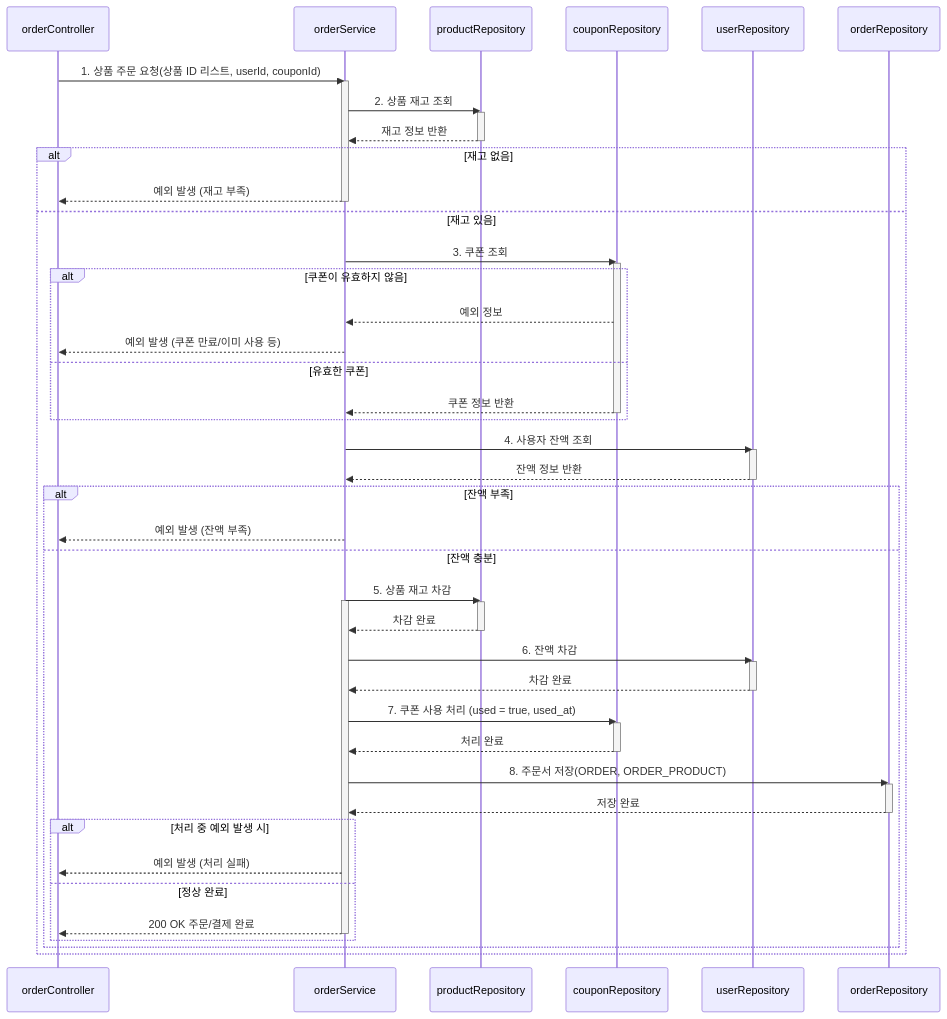
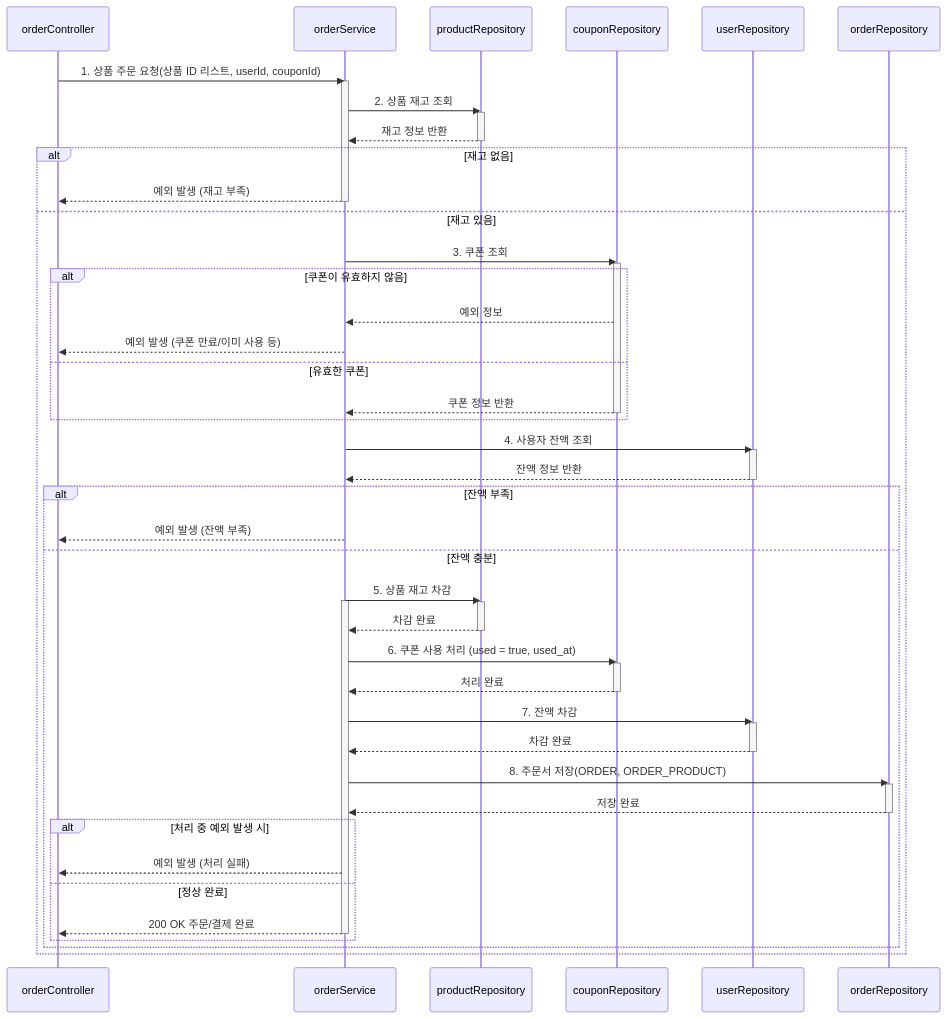
The diagram in docs/sequence/order_payment.md (ssunnykku/e-commerce), drawn with Mermaid before and after one commit.

Commit message:
docs: sequence 수정 (order_pament : 로직 순서 수정)

````diff
--- a/docs/sequence/order_payment.md
+++ b/docs/sequence/order_payment.md
@@ -2,69 +2,69 @@
 ```mermaid
 sequenceDiagram
     participant orderController
     participant orderService
     participant productRepository
     participant couponRepository
     participant userRepository
     participant orderRepository
 
 orderController->>orderService: 1. 상품 주문 요청(상품 ID 리스트, userId, couponId)
 activate orderService
 orderService->>productRepository: 2. 상품 재고 조회
 activate productRepository
  productRepository-->>orderService: 재고 정보 반환
     deactivate productRepository
 alt 재고 없음
     orderService-->>orderController: 예외 발생 (재고 부족)
      deactivate orderService
 else 재고 있음
     orderService->>couponRepository: 3. 쿠폰 조회
         activate couponRepository
         
     alt 쿠폰이 유효하지 않음
              couponRepository-->>orderService: 예외 정보
             
         orderService-->>orderController: 예외 발생 (쿠폰 만료/이미 사용 등)
     else 유효한 쿠폰
         couponRepository-->>orderService: 쿠폰 정보 반환
         deactivate couponRepository
         end
     orderService->>userRepository: 4. 사용자 잔액 조회
        activate userRepository
        userRepository-->>orderService: 잔액 정보 반환
         deactivate userRepository
 
     alt 잔액 부족
         orderService-->>orderController: 예외 발생 (잔액 부족)
     else 잔액 충분
      %% 트랜잭션 시작
         orderService->>productRepository: 5. 상품 재고 차감
          activate orderService
         activate productRepository
         productRepository-->>orderService: 차감 완료
         deactivate productRepository
-        orderService->>userRepository: 6. 잔액 차감
+        	orderService->>couponRepository: 6. 쿠폰 사용 처리 (used = true, used_at)
+         activate couponRepository
+         couponRepository-->>orderService: 처리 완료
+          deactivate couponRepository      
+        orderService->>userRepository: 7. 잔액 차감
         activate userRepository
         userRepository-->>orderService: 차감 완료
 				deactivate userRepository
-				orderService->>couponRepository: 7. 쿠폰 사용 처리 (used = true, used_at)
-         activate couponRepository
-         couponRepository-->>orderService: 처리 완료
-          deactivate couponRepository      
+			
          orderService->>orderRepository: 8. 주문서 저장(ORDER, ORDER_PRODUCT)
           activate orderRepository
           orderRepository-->>orderService: 저장 완료
           deactivate orderRepository 
           
             alt 처리 중 예외 발생 시
                 orderService-->>orderController: 예외 발생 (처리 실패)
             else 정상 완료
                 orderService-->>orderController: 200 OK 주문/결제 완료
 		          deactivate orderService
         end
     end
 end
 
 
-
 ```
````
